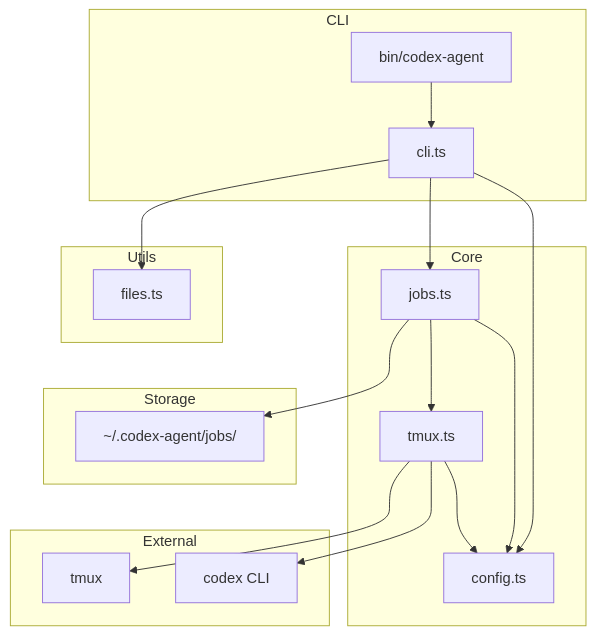
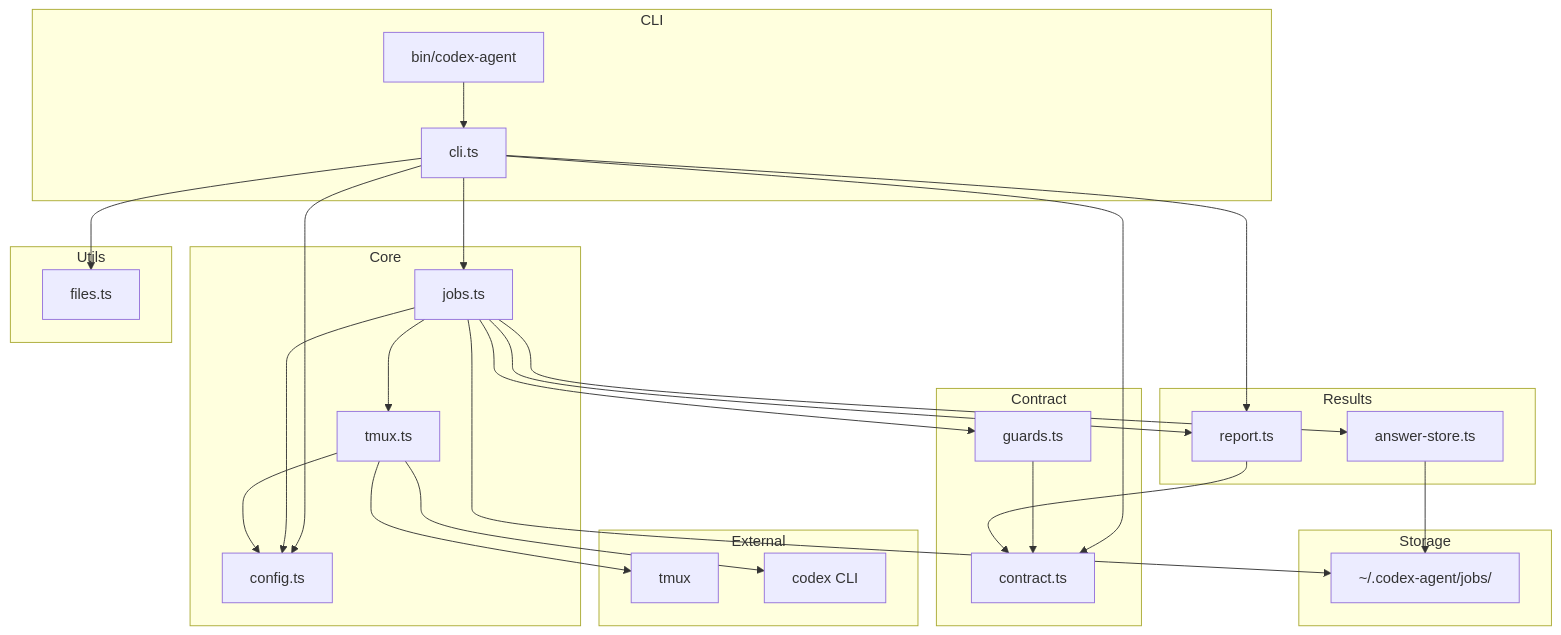
The first of 3 diagrams in docs/CODEBASE_MAP.md (lachiejames/codex-agent), drawn with Mermaid before and after one commit. The commit also changed other lines of this file and 17 other files, not shown here.

````diff
--- a/docs/CODEBASE_MAP.md
+++ b/docs/CODEBASE_MAP.md
@@ -15,33 +15,49 @@
 ```mermaid
 graph TB
     subgraph CLI
         BIN[bin/codex-agent]
         CLI_TS[cli.ts]
     end
     subgraph Core
         JOBS[jobs.ts]
         TMUX[tmux.ts]
         CONFIG[config.ts]
+    end
+    subgraph Contract
+        CONTRACT[contract.ts]
+        GUARDS[guards.ts]
+    end
+    subgraph Results
+        ANSWERS[answer-store.ts]
+        REPORT[report.ts]
     end
     subgraph Utils
         FILES[files.ts]
     end
     subgraph External
         TMUX_BIN[tmux]
         CODEX[codex CLI]
     end
     subgraph Storage
         JOBS_DIR[~/.codex-agent/jobs/]
     end
 
     BIN --> CLI_TS
     CLI_TS --> JOBS
     CLI_TS --> FILES
     CLI_TS --> CONFIG
+    CLI_TS --> CONTRACT
+    CLI_TS --> REPORT
     JOBS --> TMUX
     JOBS --> CONFIG
+    JOBS --> GUARDS
+    JOBS --> ANSWERS
+    JOBS --> REPORT
+    GUARDS --> CONTRACT
+    REPORT --> CONTRACT
+    ANSWERS --> JOBS_DIR
     TMUX --> CONFIG
     TMUX --> TMUX_BIN
     TMUX --> CODEX
     JOBS --> JOBS_DIR
 ```
````
